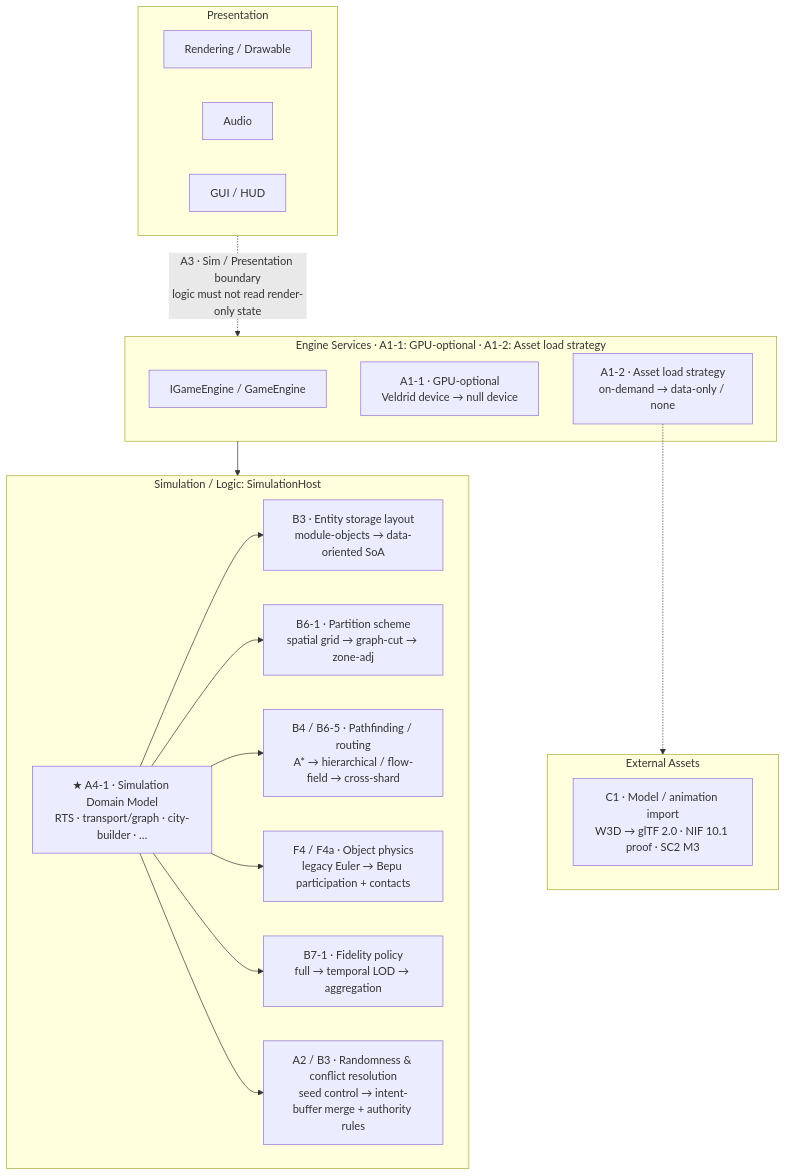
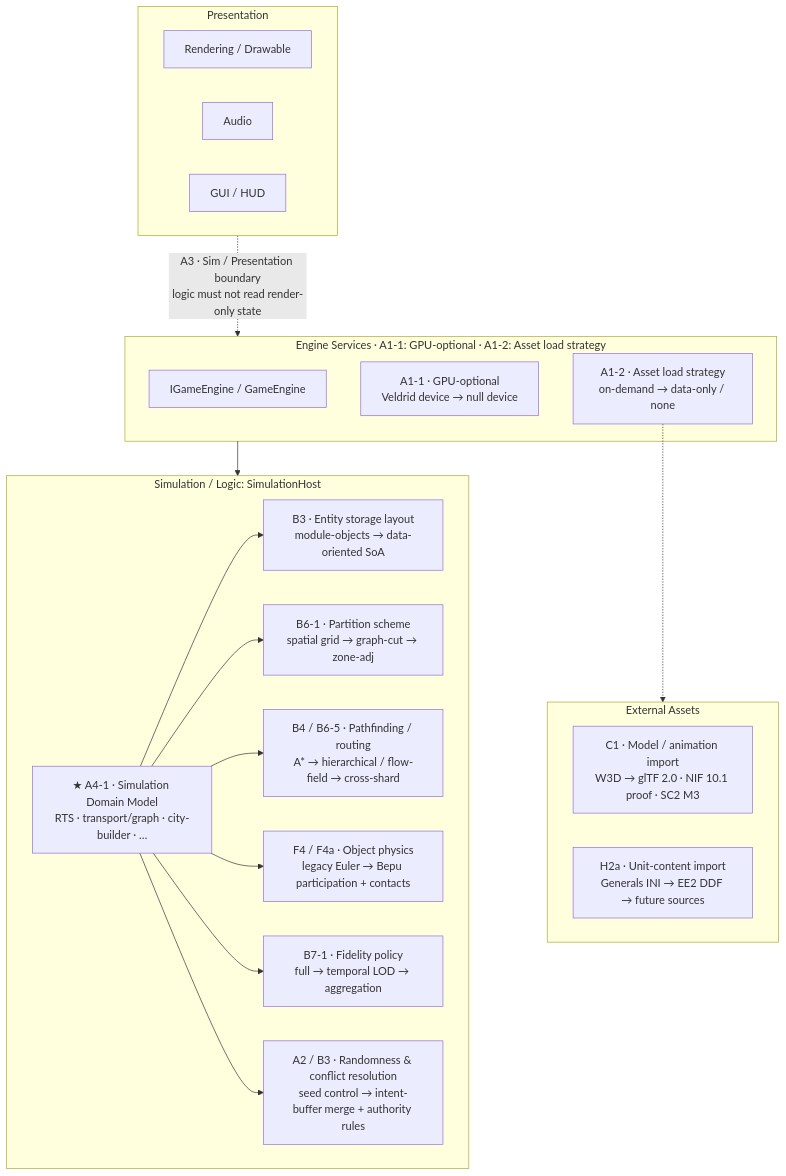
Before and after one commit to rmessinger/Panopticon: the diagram in docs/roadmap/seams.md, drawn with Mermaid. The commit also changed other lines of this file and 27 other files, not shown here.

Commit message:
docs(roadmap): add H2a shared unit-content import cards before M2

````diff
--- a/docs/roadmap/seams.md
+++ b/docs/roadmap/seams.md
@@ -50,39 +50,40 @@
 ```mermaid
 graph TD
     subgraph PRES["Presentation"]
         RENDER[Rendering / Drawable]
         AUDIO[Audio]
         GUI[GUI / HUD]
     end
 
     subgraph ENG["Engine Services  ·  A1-1: GPU-optional  ·  A1-2: Asset load strategy"]
         IGAME[IGameEngine / GameEngine]
         GPU["A1-1 · GPU-optional\nVeldrid device → null device"]
         ALOAD["A1-2 · Asset load strategy\non-demand → data-only / none"]
     end
 
     subgraph SIM["Simulation / Logic: SimulationHost"]
         DOM["★ A4-1 · Simulation Domain Model\nRTS · transport/graph · city-builder · …"]
         STORE["B3 · Entity storage layout\nmodule-objects → data-oriented SoA"]
         PART["B6-1 · Partition scheme\nspatial grid → graph-cut → zone-adj"]
         PATH["B4 / B6-5 · Pathfinding / routing\nA* → hierarchical / flow-field → cross-shard"]
         PHYS["F4 / F4a · Object physics\nlegacy Euler → Bepu participation + contacts"]
         FID["B7-1 · Fidelity policy\nfull → temporal LOD → aggregation"]
         RNG["A2 / B3 · Randomness & conflict resolution\nseed control → intent-buffer merge + authority rules"]
     end
 
     subgraph ASSETS["External Assets"]
         IMPORT["C1 · Model / animation import\nW3D → glTF 2.0 · NIF 10.1 proof · SC2 M3"]
+        UNITIMPORT["H2a · Unit-content import\nGenerals INI → EE2 DDF → future sources"]
     end
 
     PRES -. "A3 · Sim / Presentation boundary\nlogic must not read render-only state" .-> ENG
     ENG --> SIM
     ALOAD -.-> ASSETS
 
     DOM --> STORE
     DOM --> PART
     DOM --> PATH
     DOM --> PHYS
     DOM --> FID
     DOM --> RNG
 ```
````
